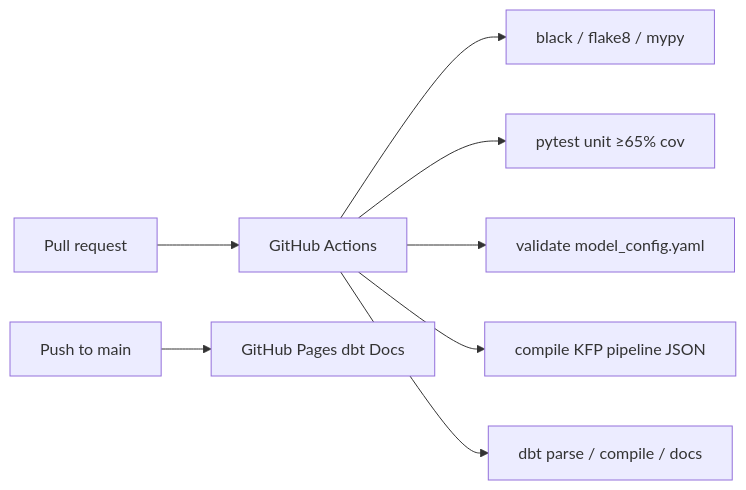
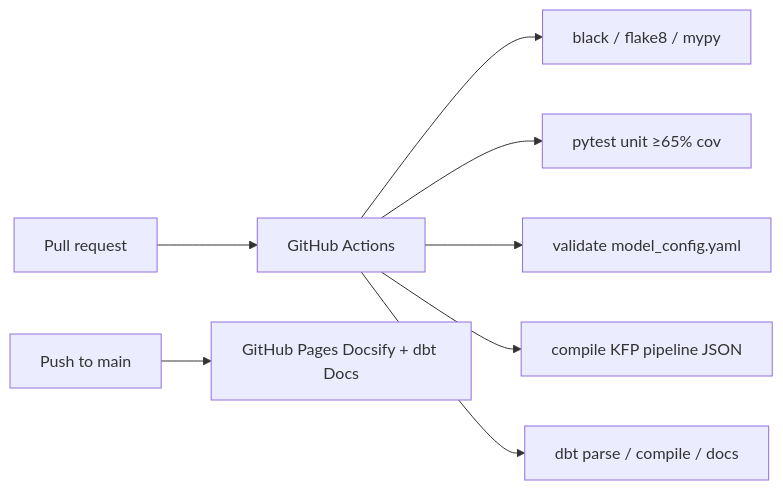
One commit to the-datastrategist/tds-dbt-favorita changed the fifth of 5 diagrams in docs/reference_architecture.md. Above: the diagram before and after it, drawn with Mermaid. The commit also changed 66 other files, not shown here.

````diff
--- a/docs/reference_architecture.md
+++ b/docs/reference_architecture.md
@@ -188,10 +188,10 @@
 ```mermaid
 flowchart LR
   PR[Pull request] --> GHA[GitHub Actions]
   GHA --> Lint[black / flake8 / mypy]
   GHA --> Test[pytest unit ≥65% cov]
   GHA --> Config[validate model_config.yaml]
   GHA --> KFP[compile KFP pipeline JSON]
   GHA --> dbt[dbt parse / compile / docs]
-  main[Push to main] --> Pages[GitHub Pages dbt Docs]
+  main[Push to main] --> Pages[GitHub Pages Docsify + dbt Docs]
 ```
````
